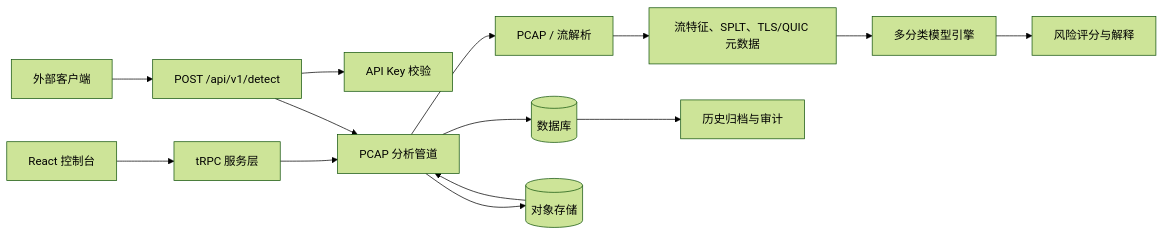
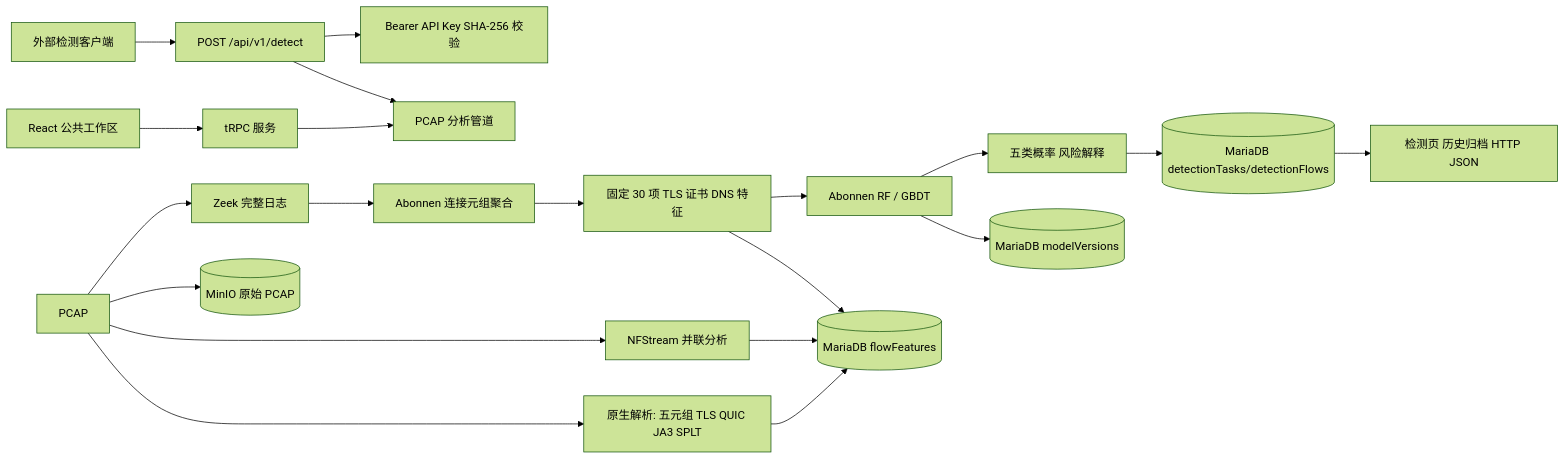
The diagram in docs/ARCHITECTURE.md (rakehellsx/encrypted-traffic-ml-detector), drawn with Mermaid (forest theme) before and after one commit. The commit also changed other lines of this file and 48 other files, not shown here.

Commit message:
refactor: integrate Abonnen TLS detection engine

````diff
--- a/docs/ARCHITECTURE.md
+++ b/docs/ARCHITECTURE.md
@@ -7,16 +7,22 @@
 ```mermaid
 flowchart LR
-  UI[React 控制台] --> RPC[tRPC 服务层]
-  Client[外部客户端] --> API[POST /api/v1/detect]
-  API --> Key[API Key 校验]
-  RPC --> Pipeline[PCAP 分析管道]
-  API --> Pipeline
-  Pipeline --> Parser[PCAP / 流解析]
-  Parser --> Features[流特征、SPLT、TLS/QUIC 元数据]
-  Features --> Engine[多分类模型引擎]
-  Engine --> Result[风险评分与解释]
-  Pipeline --> Store[(数据库)]
-  Store --> History[历史归档与审计]
-  Storage[(对象存储)] --> Pipeline
-  Pipeline --> Storage
+  UI[React 公共工作区] --> RPC[tRPC 服务]
+  Client[外部检测客户端] --> API[POST /api/v1/detect]
+  API --> Key[Bearer API Key SHA-256 校验]
+  RPC --> Pipe[PCAP 分析管道]
+  API --> Pipe
+  PCAP[PCAP] --> Native[原生解析: 五元组 TLS QUIC JA3 SPLT]
+  PCAP --> Zeek[Zeek 完整日志]
+  PCAP --> NF[NFStream 并联分析]
+  Zeek --> Tuple[Abonnen 连接元组聚合]
+  Tuple --> Features[固定 30 项 TLS 证书 DNS 特征]
+  Features --> Engine[Abonnen RF / GBDT]
+  Engine --> Result[五类概率 风险解释]
+  Native --> Flows[(MariaDB flowFeatures)]
+  NF --> Flows
+  Features --> Flows
+  Engine --> Models[(MariaDB modelVersions)]
+  Result --> Detection[(MariaDB detectionTasks/detectionFlows)]
+  PCAP --> Object[(MinIO 原始 PCAP)]
+  Detection --> History[检测页 历史归档 HTTP JSON]
 ```
````
